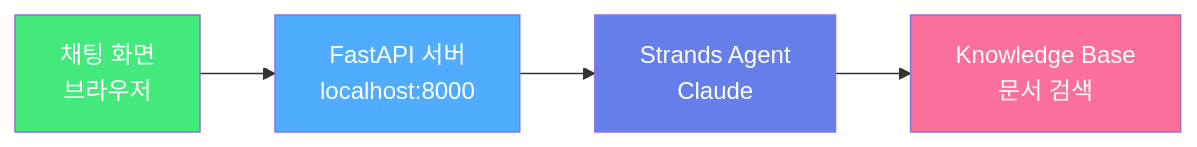
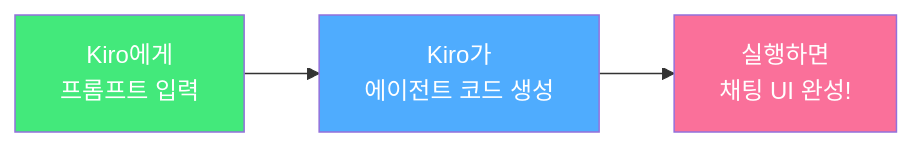
Before and after one commit to rornfdlek/kiro-workshop-gsretail-gitbook: the diagram in module5-strands-agent/README.md, drawn with Mermaid. The commit also changed other lines of this file and 2 other files, not shown here.

Commit message:
Module 5를 Kiro 채팅 기반 개발 방식으로 전면 개편
- 수동 코드 작성 → Kiro에게 프롬프트로 요청하는 방식으로 변경
- Part 1(Module 1~3)과 동일한 흐름: 프롬프트 → Spec → 태스크 → 코드 생성
- rag-agent.md: 9단계 프롬프트 가이드 (프로젝트 소개 → 기술스택 → 동작방식 → API → UI → 간소화 → Spec → 태스크실행 → KB ID 설정)
- chat-ui.md: 실행 및 테스트 가이드

````diff
--- a/module5-strands-agent/README.md
+++ b/module5-strands-agent/README.md
@@ -11,11 +11,9 @@
 ```mermaid
 graph LR
-    UI["채팅 화면<br/>브라우저"] --> API["FastAPI 서버<br/>localhost:8000"]
-    API --> SA["Strands Agent<br/>Claude"]
-    SA --> KB["Knowledge Base<br/>문서 검색"]
+    A["Kiro에게<br/>프롬프트 입력"] --> B["Kiro가<br/>에이전트 코드 생성"]
+    B --> C["실행하면<br/>채팅 UI 완성!"]
 
-    style UI fill:#43e97b,color:#fff
-    style API fill:#4facfe,color:#fff
-    style SA fill:#667eea,color:#fff
-    style KB fill:#fa709a,color:#fff
+    style A fill:#43e97b,color:#fff
+    style B fill:#4facfe,color:#fff
+    style C fill:#fa709a,color:#fff
 ```
````
